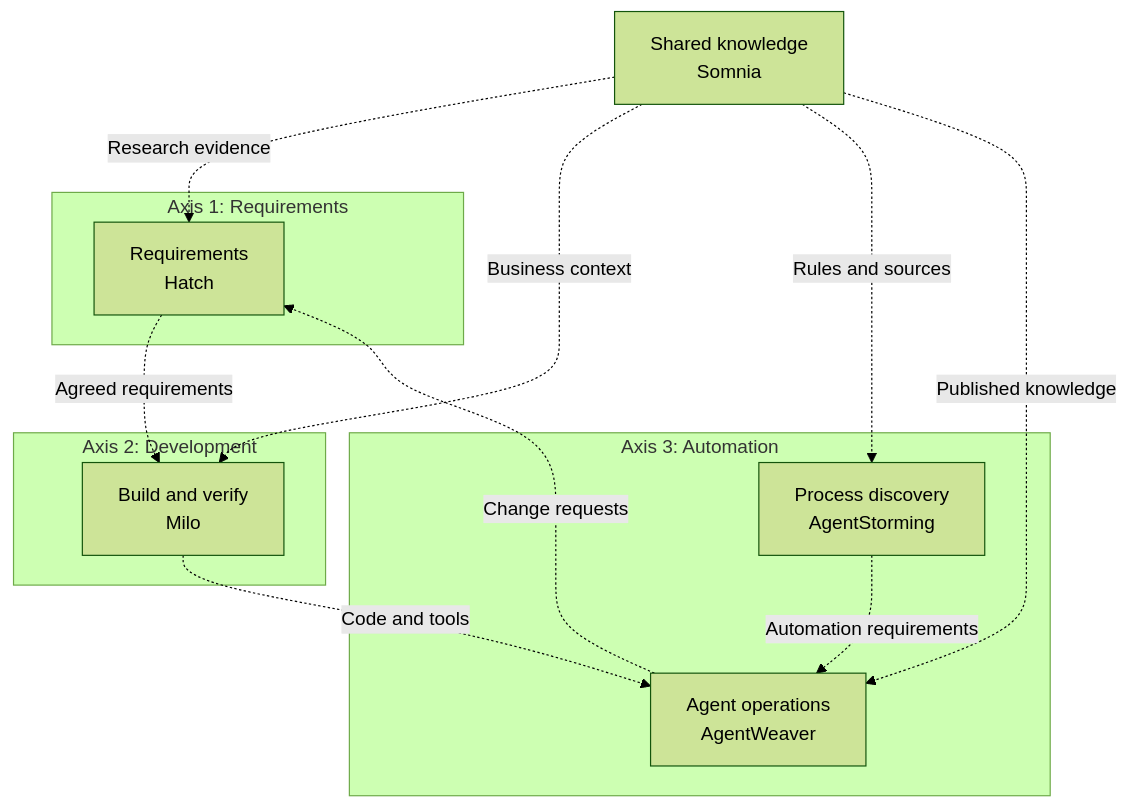
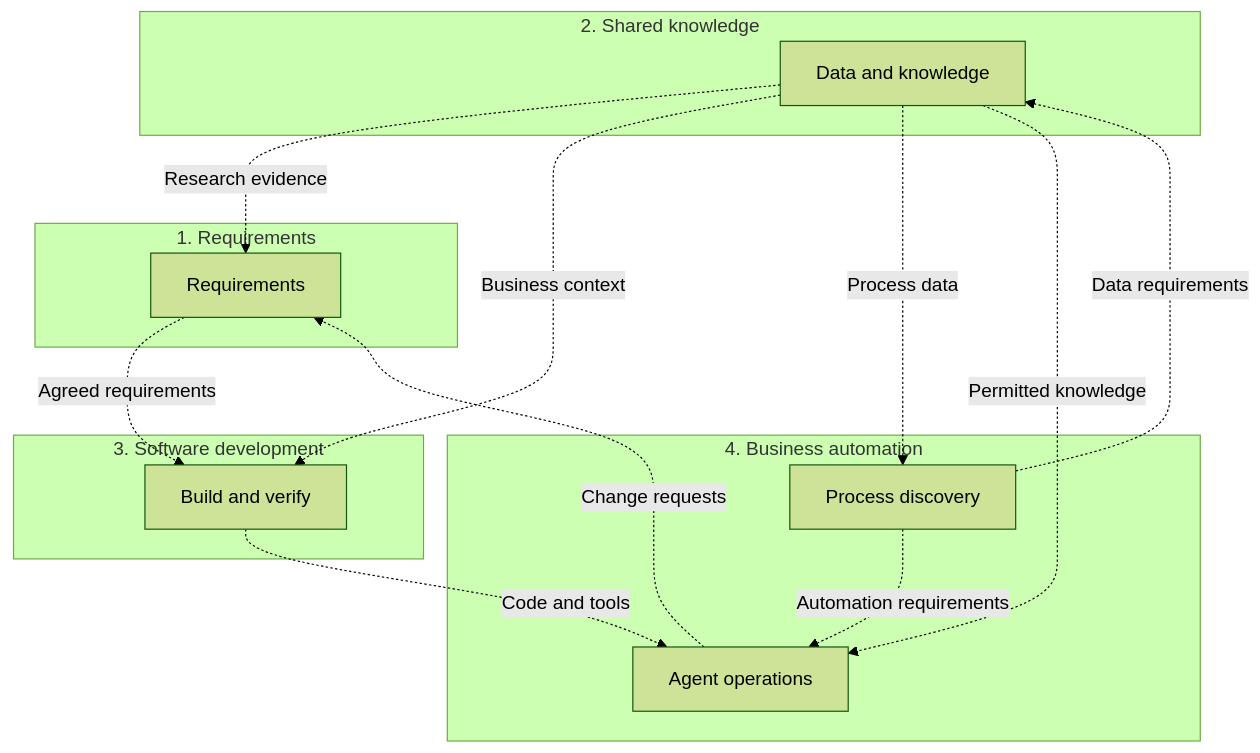
Before and after one commit to haandol/haandol.github.com: the first of 10 diagrams in _en/2026-11-05-enterprise-wide-ax-essentials.md, drawn with Mermaid (forest theme). The commit also changed other lines of this file and 1 other file, not shown here.

Commit message:
docs: prioritize shared knowledge in AX platform areas

````diff
--- a/_en/2026-11-05-enterprise-wide-ax-essentials.md
+++ b/_en/2026-11-05-enterprise-wide-ax-essentials.md
@@ -54,22 +41,25 @@
 ```mermaid
 flowchart TB
-  subgraph X1["Axis 1: Requirements"]
-    H["Requirements<br/>Hatch"]
+  subgraph X1["1. Requirements"]
+    H["Requirements"]
   end
-  subgraph X2["Axis 2: Development"]
-    F["Build and verify<br/>Milo"]
+  subgraph X2["2. Shared knowledge"]
+    K["Data and knowledge"]
   end
-  subgraph X3["Axis 3: Automation"]
-    S["Process discovery<br/>AgentStorming"]
-    W["Agent operations<br/>AgentWeaver"]
+  subgraph X3["3. Software development"]
+    F["Build and verify"]
+  end
+  subgraph X4["4. Business automation"]
+    S["Process discovery"]
+    W["Agent operations"]
     S -.->|"Automation requirements"| W
   end
   H -.->|"Agreed requirements"| F
   F -.->|"Code and tools"| W
   W -.->|"Change requests"| H
-  K["Shared knowledge<br/>Somnia"]
   K -.->|"Research evidence"| H
   K -.->|"Business context"| F
-  K -.->|"Rules and sources"| S
-  K -.->|"Published knowledge"| W
+  K -.->|"Process data"| S
+  S -.->|"Data requirements"| K
+  K -.->|"Permitted knowledge"| W
 ```
````
